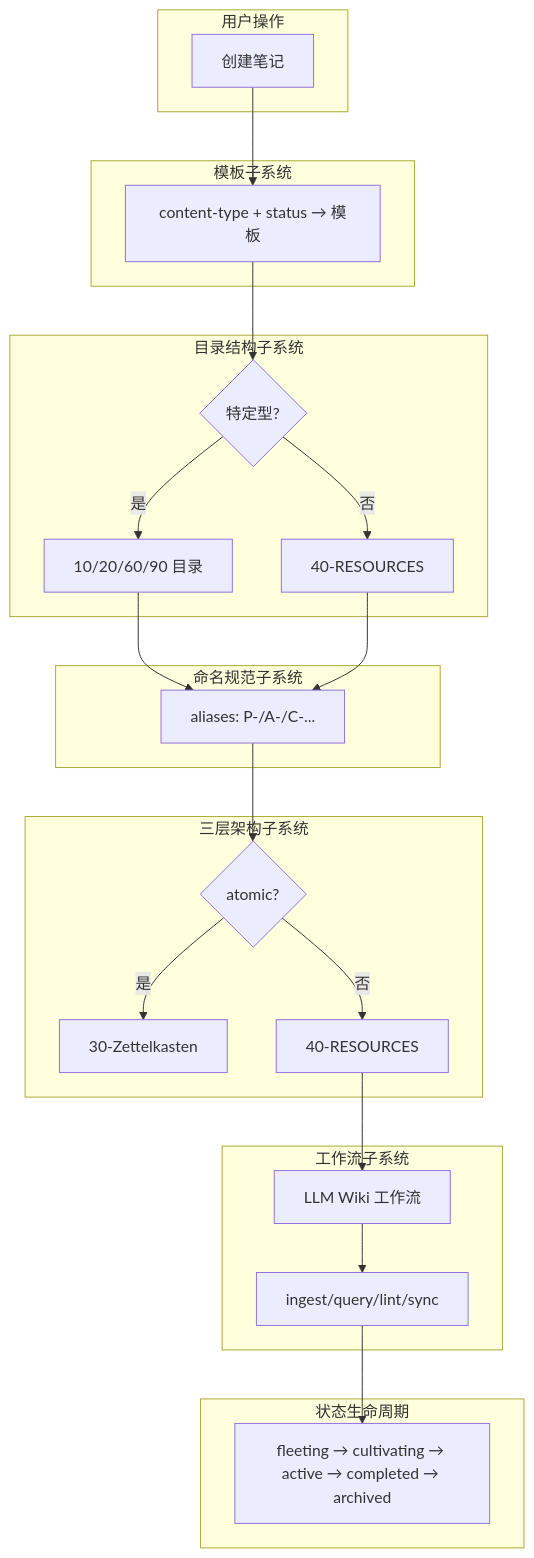
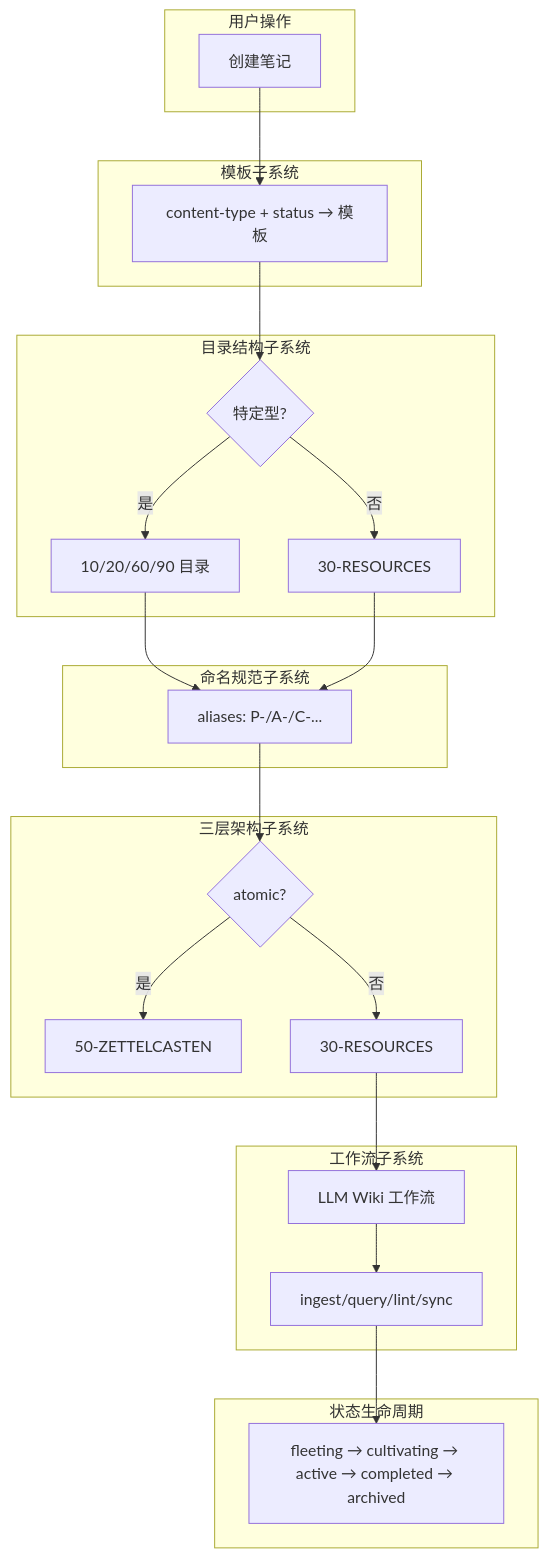
One commit to pedyc/dg.pedyc changed the diagram in content/00-META/Architecture/本库子系统概述.md. Above: the diagram before and after it, drawn with Mermaid. The commit also changed other lines of this file and 1023 other files, not shown here.

````diff
--- a/content/00-META/Architecture/本库子系统概述.md
+++ b/content/00-META/Architecture/本库子系统概述.md
@@ -41,36 +43,36 @@
 ```mermaid
 flowchart TD
     subgraph 用户操作
     A[创建笔记]
     end
 
     subgraph 模板子系统
     A --> B[content-type + status → 模板]
     end
 
     subgraph 目录结构子系统
     B --> C{特定型?}
     C -->|是| D[10/20/60/90 目录]
-    C -->|否| E[40-RESOURCES]
+    C -->|否| E[30-RESOURCES]
     end
 
     subgraph 命名规范子系统
     D --> F[aliases: P-/A-/C-...]
     E --> F
     end
 
     subgraph 三层架构子系统
     F --> G{atomic?}
-    G -->|是| H[30-Zettelkasten]
-    G -->|否| I[40-RESOURCES]
+    G -->|是| H[50-ZETTELCASTEN]
+    G -->|否| I[30-RESOURCES]
     end
 
     subgraph 工作流子系统
     I --> J[LLM Wiki 工作流]
     J --> K[ingest/query/lint/sync]
     end
 
     subgraph 状态生命周期
     K --> L[fleeting → cultivating → active → completed → archived]
     end
 ```
````
